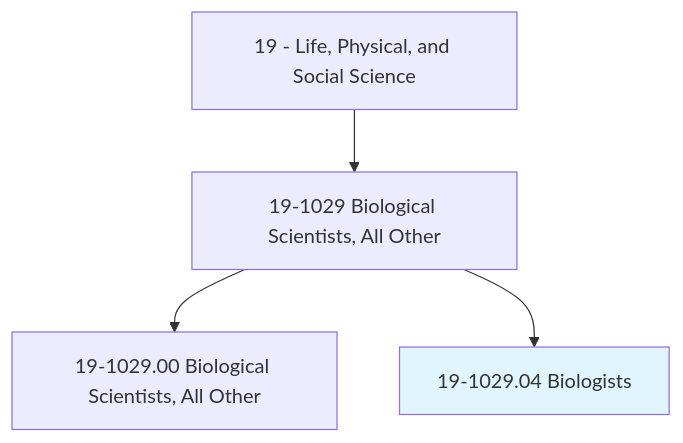
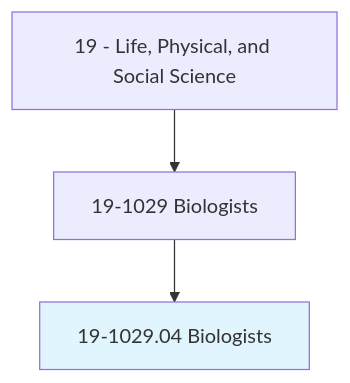
The first of 4 diagrams in occupations/Science/Biologists.mdx (kziemski/business.org.ai), drawn with Mermaid before and after one commit. The commit also changed other lines of this file and 938 other files, not shown here.

````diff
--- a/occupations/Science/Biologists.mdx
+++ b/occupations/Science/Biologists.mdx
@@ -19,7 +23,6 @@
 ```mermaid
 graph TD
-    Cat19["19 - Life, Physical, and Social Science"] --> Group191029["19-1029 Biological Scientists, All Other"]
-    Group191029 --> Base["19-1029.00 Biological Scientists, All Other"]
+    Cat19["19 - Life, Physical, and Social Science"] --> Group191029["19-1029 Biologists"]
     Group191029 --> Current["19-1029.04 Biologists"]
     style Current fill:#e1f5fe
 ```
````
